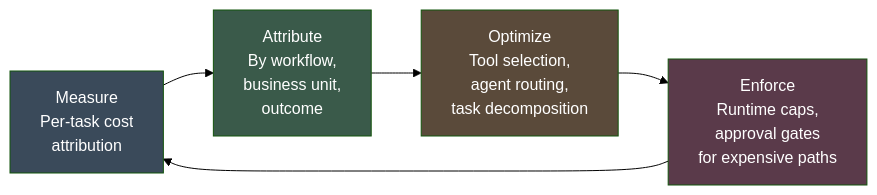
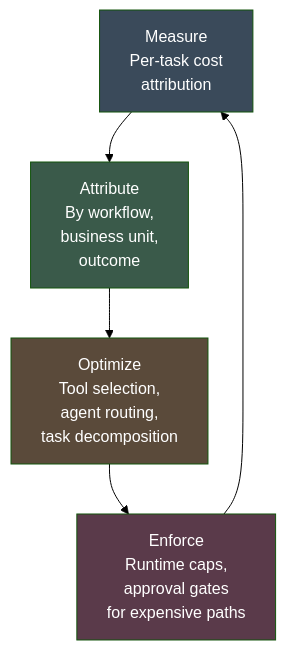
The diagram in content/agentic-strategy/finops.md (sunilp/enterprise-ai), drawn with Mermaid (forest theme) before and after one commit. The commit also changed other lines of this file and 120 other files, not shown here.

````diff
--- a/content/agentic-strategy/finops.md
+++ b/content/agentic-strategy/finops.md
@@ -117,12 +117,12 @@
 ```mermaid
-flowchart LR
+flowchart TD
     M[Measure\nPer-task cost\nattribution] --> A[Attribute\nBy workflow,\nbusiness unit,\noutcome]
     A --> O[Optimize\nTool selection,\nagent routing,\ntask decomposition]
     O --> E[Enforce\nRuntime caps,\napproval gates\nfor expensive paths]
     E --> M
 
     style M fill:#3a4a5a,color:#fff
     style A fill:#3a5a4a,color:#fff
     style O fill:#5a4a3a,color:#fff
     style E fill:#5a3a4a,color:#fff
 ```
````
